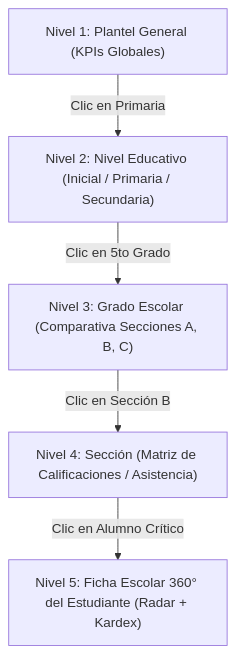
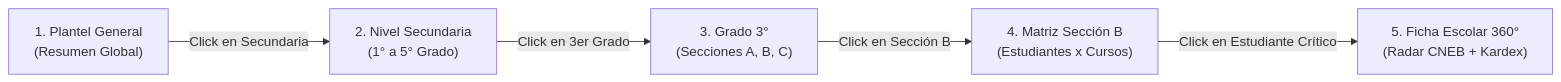
The diagram in D - Base 1 - 01092026/Fase 2/Arquitectura/Squad 4 - Analitica y Dashboards/README.md (Eduardo-Sebastian-Paipay-Vega/school-management-system), drawn with Mermaid before and after one commit. The commit also changed other lines of this file and 20 other files, not shown here.

````diff
--- a/D - Base 1 - 01092026/Fase 2/Arquitectura/Squad 4 - Analitica y Dashboards/README.md
+++ b/D - Base 1 - 01092026/Fase 2/Arquitectura/Squad 4 - Analitica y Dashboards/README.md
@@ -39,7 +29,7 @@
 ```mermaid
-graph TD
-    A["Nivel 1: Plantel General (KPIs Globales)"] -->|Clic en Primaria| B["Nivel 2: Nivel Educativo (Inicial / Primaria / Secundaria)"]
-    B -->|Clic en 5to Grado| C["Nivel 3: Grado Escolar (Comparativa Secciones A, B, C)"]
-    C -->|Clic en Sección B| D["Nivel 4: Sección (Matriz de Calificaciones / Asistencia)"]
-    D -->|Clic en Alumno Crítico| E["Nivel 5: Ficha Escolar 360° del Estudiante (Radar + Kardex)"]
+graph LR
+    L1["1. Plantel General<br>(Resumen Global)"] -->|Click en Secundaria| L2["2. Nivel Secundaria<br>(1° a 5° Grado)"]
+    L2 -->|Click en 3er Grado| L3["3. Grado 3°<br>(Secciones A, B, C)"]
+    L3 -->|Click en Sección B| L4["4. Matriz Sección B<br>(Estudiantes x Cursos)"]
+    L4 -->|Click en Estudiante Crítico| L5["5. Ficha Escolar 360°<br>(Radar CNEB + Kardex)"]
 ```
````
